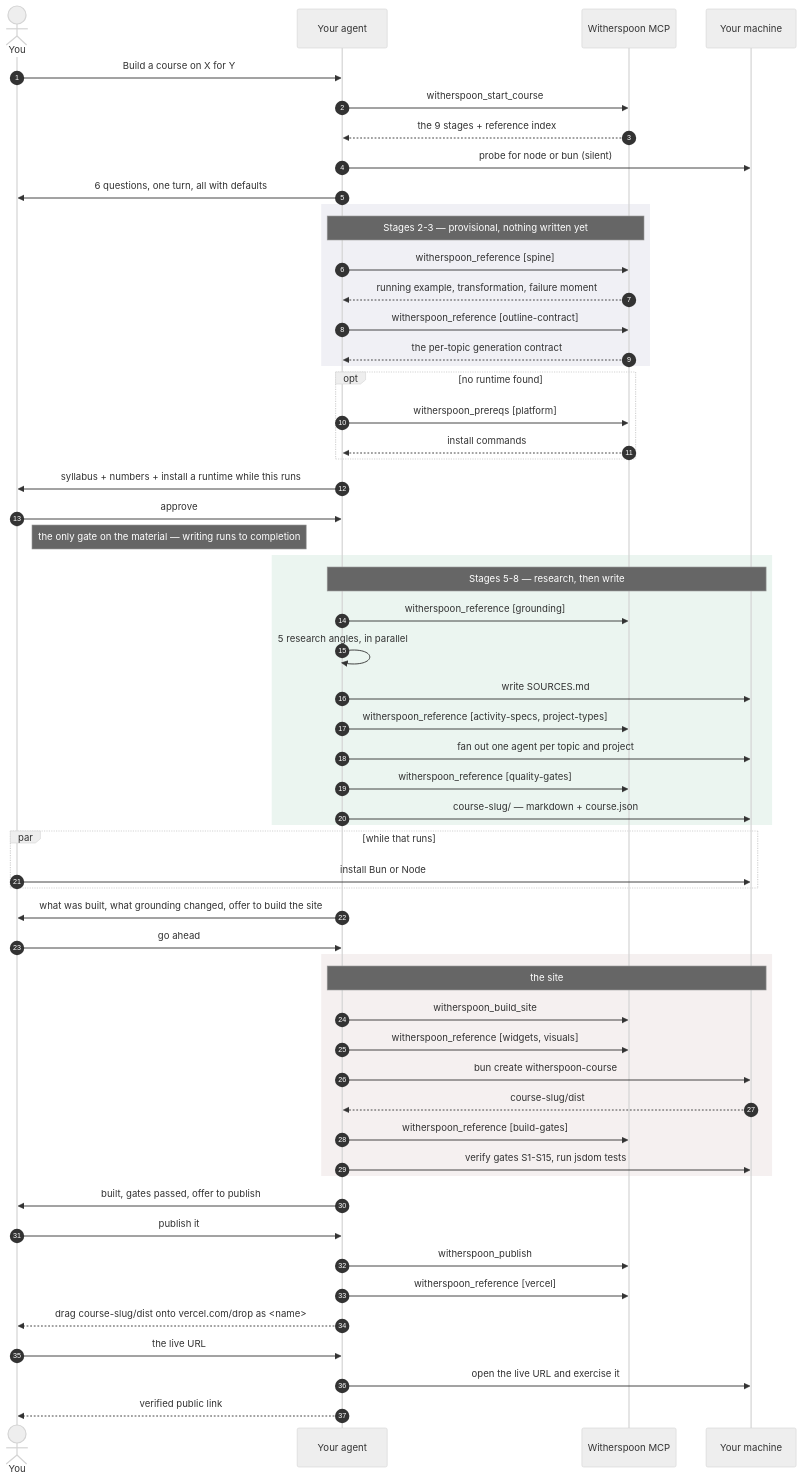
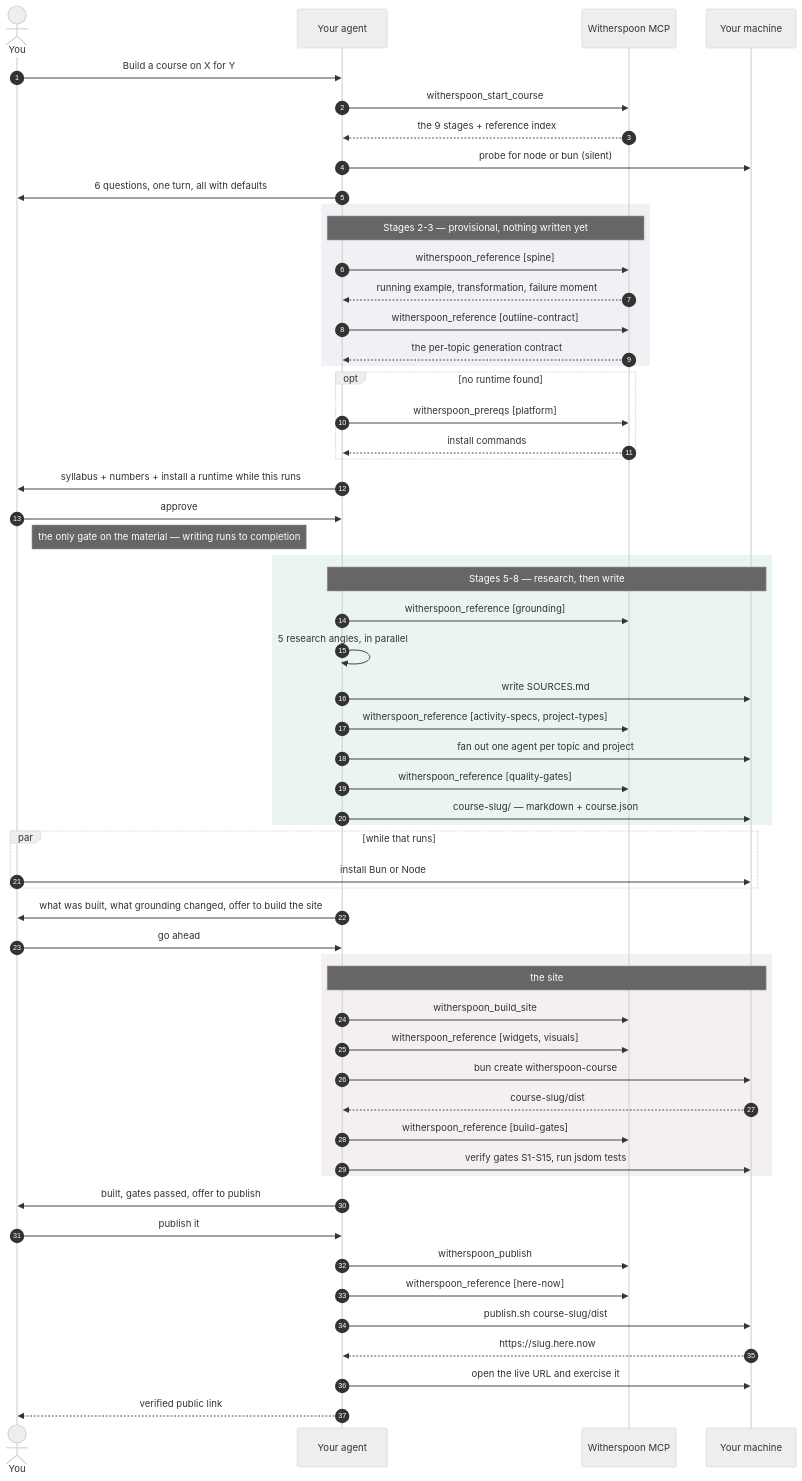
One commit to colinmollenhour/witherspoon changed the diagram in README.md. Above: the diagram before and after it, drawn with Mermaid (neutral theme). The commit also changed other lines of this file and 11 other files, not shown here.

First line of the commit message:
Make here.now the default course publish host

````diff
--- a/README.md
+++ b/README.md
@@ -360,69 +356,69 @@
 ```mermaid
 sequenceDiagram
     autonumber
     actor U as You
     participant A as Your agent
     participant W as Witherspoon MCP
     participant M as Your machine
 
     U->>A: Build a course on X for Y
     A->>W: witherspoon_start_course
     W-->>A: the 9 stages + reference index
     A->>M: probe for node or bun (silent)
     A->>U: 6 questions, one turn, all with defaults
 
     rect rgb(240, 240, 245)
     Note over A,W: Stages 2-3 — provisional, nothing written yet
     A->>W: witherspoon_reference [spine]
     W-->>A: running example, transformation, failure moment
     A->>W: witherspoon_reference [outline-contract]
     W-->>A: the per-topic generation contract
     end
 
     opt no runtime found
     A->>W: witherspoon_prereqs [platform]
     W-->>A: install commands
     end
 
     A->>U: syllabus + numbers + install a runtime while this runs
     U->>A: approve
     Note right of U: the only gate on the material — writing runs to completion
 
     rect rgb(235, 245, 240)
     Note over A,M: Stages 5-8 — research, then write
     A->>W: witherspoon_reference [grounding]
     A->>A: 5 research angles, in parallel
     A->>M: write SOURCES.md
     A->>W: witherspoon_reference [activity-specs, project-types]
     A->>M: fan out one agent per topic and project
     A->>W: witherspoon_reference [quality-gates]
     A->>M: course-slug/ — markdown + course.json
     end
 
     par while that runs
     U->>M: install Bun or Node
     end
 
     A->>U: what was built, what grounding changed, offer to build the site
     U->>A: go ahead
 
     rect rgb(245, 240, 240)
     Note over A,M: the site
     A->>W: witherspoon_build_site
     A->>W: witherspoon_reference [widgets, visuals]
     A->>M: bun create witherspoon-course
     M-->>A: course-slug/dist
     A->>W: witherspoon_reference [build-gates]
     A->>M: verify gates S1-S15, run jsdom tests
     end
 
     A->>U: built, gates passed, offer to publish
     U->>A: publish it
 
     A->>W: witherspoon_publish
-    A->>W: witherspoon_reference [vercel]
-    A-->>U: drag course-slug/dist onto vercel.com/drop as <name>
-    U->>A: the live URL
+    A->>W: witherspoon_reference [here-now]
+    A->>M: publish.sh course-slug/dist
+    M-->>A: https://slug.here.now
     A->>M: open the live URL and exercise it
     A-->>U: verified public link
 ```
````
